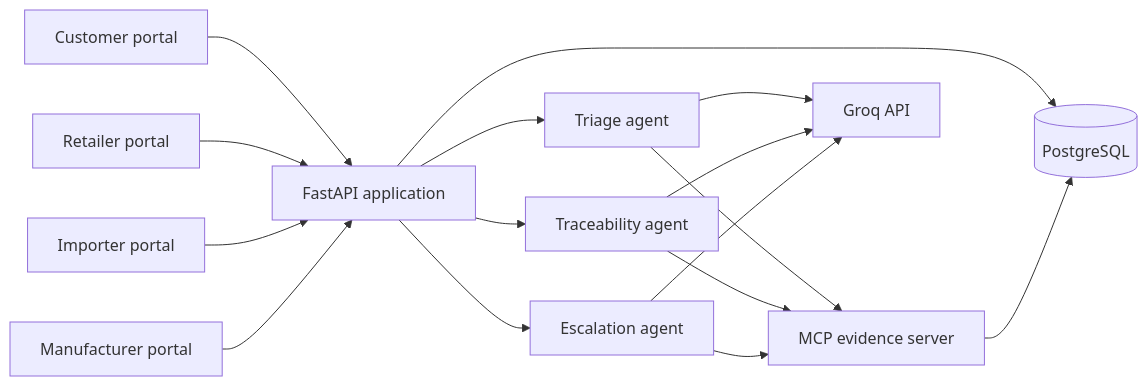
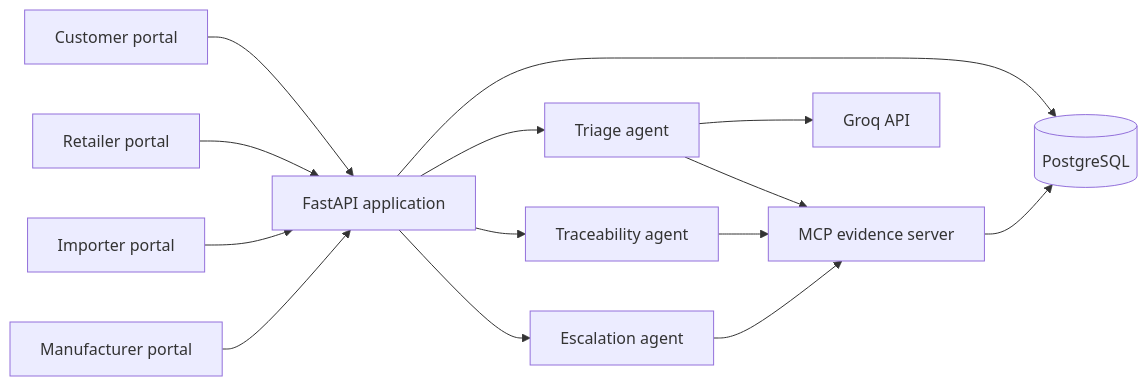
Before and after one commit to Abubakar123421/agentica: the first of 2 diagrams in batchbridge/ARCHITECTURE.md, drawn with Mermaid. The commit also changed other lines of this file and 22 other files, not shown here.

````diff
--- a/batchbridge/ARCHITECTURE.md
+++ b/batchbridge/ARCHITECTURE.md
@@ -5,18 +5,16 @@
 ```mermaid
 flowchart LR
     C[Customer portal] --> API[FastAPI application]
     R[Retailer portal] --> API
     I[Importer portal] --> API
     M[Manufacturer portal] --> API
     API --> DB[(PostgreSQL)]
     API --> T[Triage agent]
     API --> TR[Traceability agent]
     API --> E[Escalation agent]
     T --> MCP[MCP evidence server]
     TR --> MCP
     E --> MCP
     MCP --> DB
     T --> G[Groq API]
-    TR --> G
-    E --> G
 ```
````
